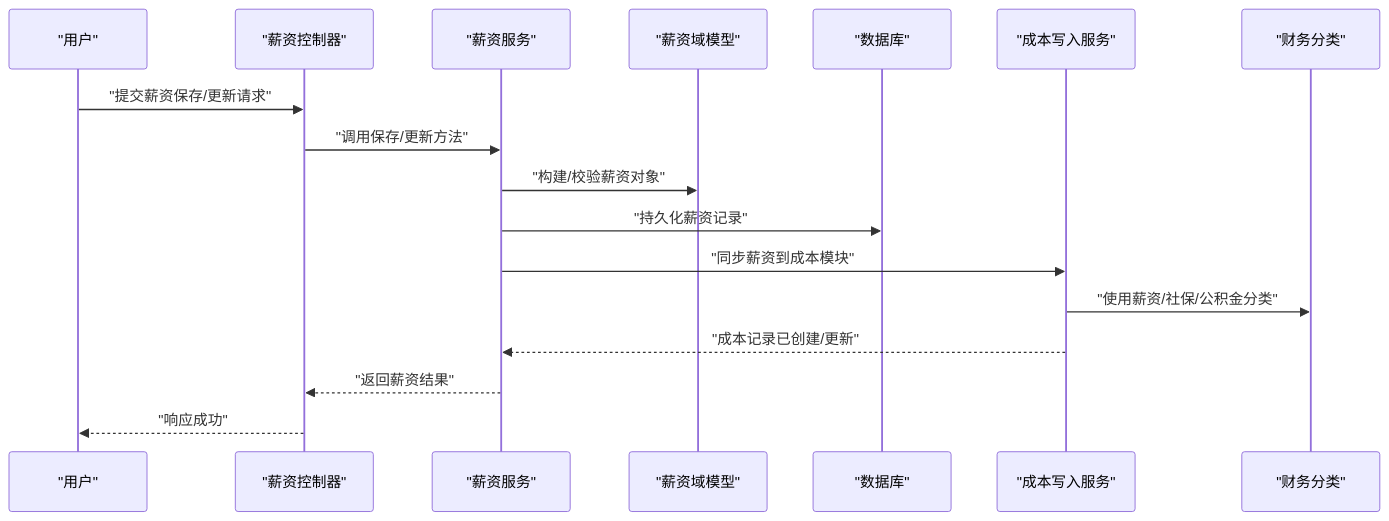
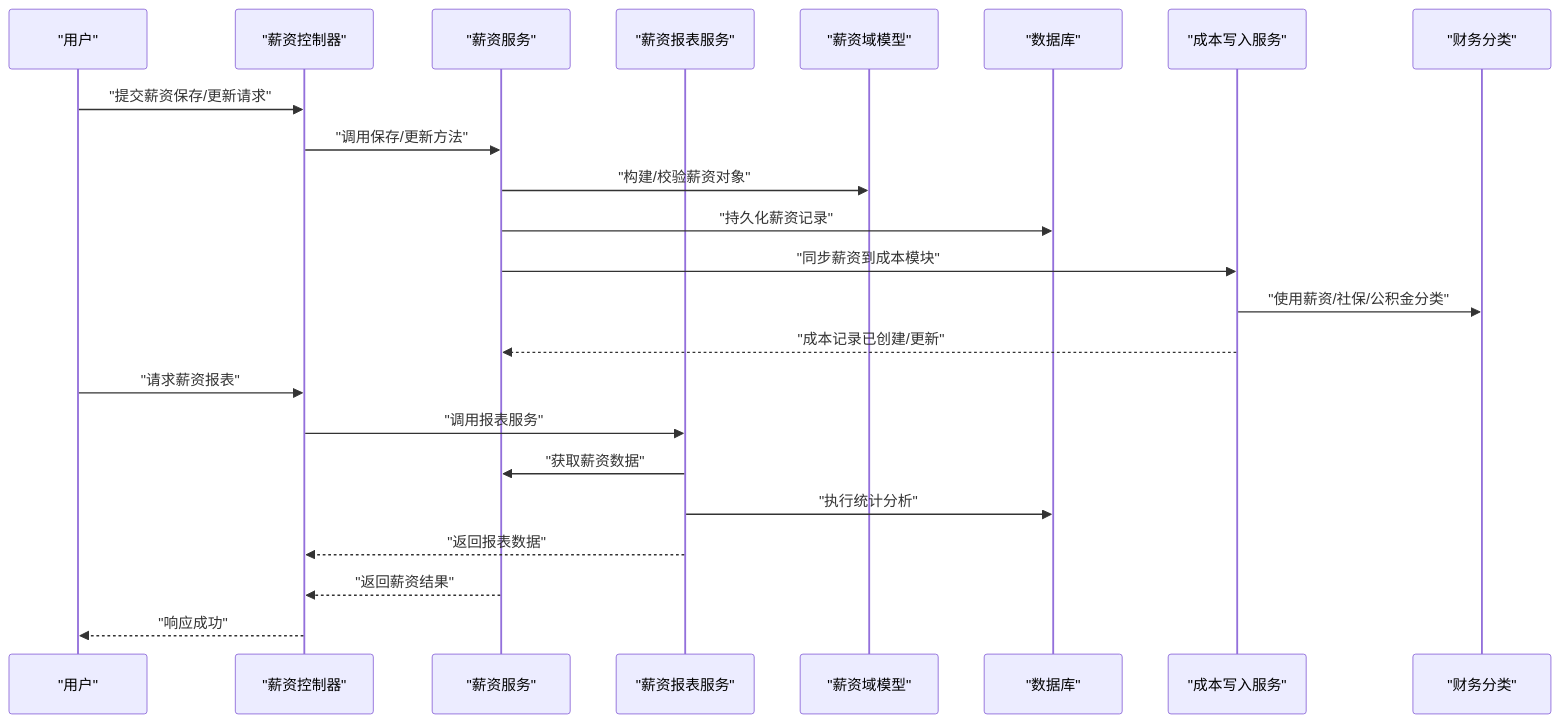
The second of 8 diagrams in .qoder/repowiki/zh/content/业务模块/员工管理模块/员工薪资管理.md (rc558620/purelyprofit-server), drawn with Mermaid before and after one commit. The commit also changed other lines of this file and 10 other files, not shown here.

````diff
--- a/.qoder/repowiki/zh/content/业务模块/员工管理模块/员工薪资管理.md
+++ b/.qoder/repowiki/zh/content/业务模块/员工管理模块/员工薪资管理.md
@@ -121,19 +141,25 @@
 ```mermaid
 sequenceDiagram
 participant U as "用户"
 participant Ctrl as "薪资控制器"
 participant Svc as "薪资服务"
+participant ReportSvc as "薪资报表服务"
 participant Domain as "薪资域模型"
 participant DB as "数据库"
 participant CostSvc as "成本写入服务"
 participant Fin as "财务分类"
 U->>Ctrl : "提交薪资保存/更新请求"
 Ctrl->>Svc : "调用保存/更新方法"
 Svc->>Domain : "构建/校验薪资对象"
 Svc->>DB : "持久化薪资记录"
 Svc->>CostSvc : "同步薪资到成本模块"
 CostSvc->>Fin : "使用薪资/社保/公积金分类"
 CostSvc-->>Svc : "成本记录已创建/更新"
+U->>Ctrl : "请求薪资报表"
+Ctrl->>ReportSvc : "调用报表服务"
+ReportSvc->>Svc : "获取薪资数据"
+ReportSvc->>DB : "执行统计分析"
+ReportSvc-->>Ctrl : "返回报表数据"
 Svc-->>Ctrl : "返回薪资结果"
 Ctrl-->>U : "响应成功"
 ```
````
